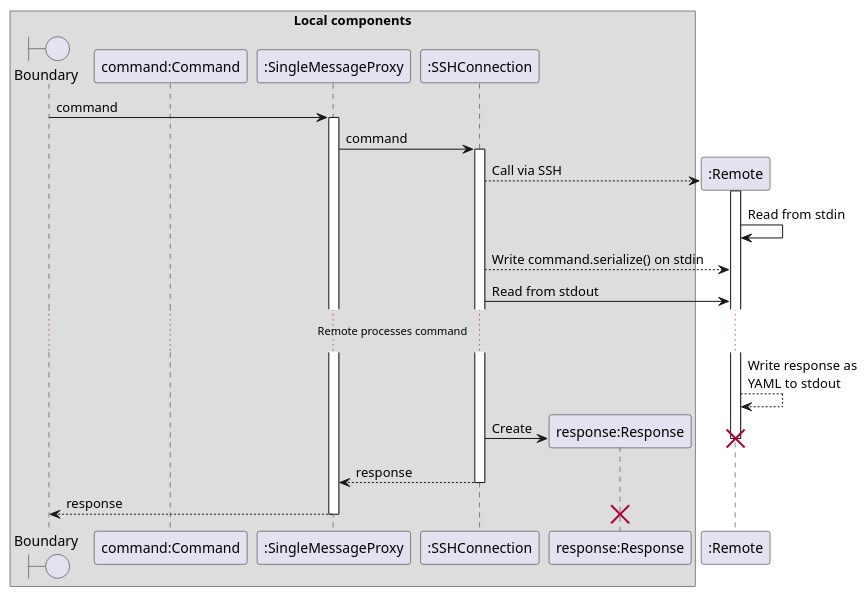
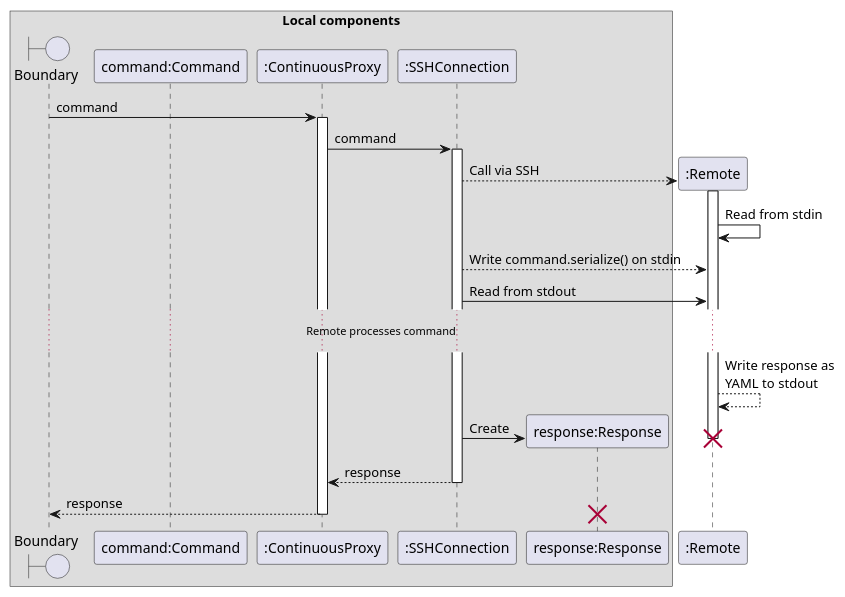
One commit to DistributedTaskScheduling/documentation changed the diagram in design/sequence/proxy-continuous.puml. Above: the diagram before and after it, drawn with PlantUML.

Commit message:
fixup! Revised proxy sequence diagrams: MessageHandler, envornment variables

```diff
--- a/design/sequence/proxy-continuous.puml
+++ b/design/sequence/proxy-continuous.puml
@@ -1,33 +1,33 @@
 @startuml
 
 'This file is the same as proxy-one-message.puml except the SSHConnection is continuous 
 'instead of created/destroyed for each Message.
 
 box "Local components"
     boundary Boundary
     participant "command:Command" as Command
-    participant ":SingleMessageProxy" as Proxy
+    participant ":ContinuousProxy" as Proxy
     participant ":SSHConnection" as SSHConnection
     participant "response:Response" as Response
 end box
 participant ":Remote" as Remote
 
 Boundary -> Proxy ++ : command
 'Proxy -> SSHConnection ** : Create
 Proxy -> SSHConnection ++ : command
 SSHConnection --> Remote ** : Call via SSH
 activate Remote
 Remote -> Remote : Read from stdin
 SSHConnection --> Remote : Write command.serialize() on stdin
 SSHConnection -> Remote : Read from stdout
 ... Remote processes command ...
 Remote --> Remote : Write response as \nYAML to stdout
 SSHConnection -> Response ** : Create
 destroy Remote
 Proxy <-- SSHConnection -- : response
 'Proxy -> SSHConnection !! : Close
 Boundary <-- Proxy -- : response
 
 destroy Response
 
 @enduml
```
